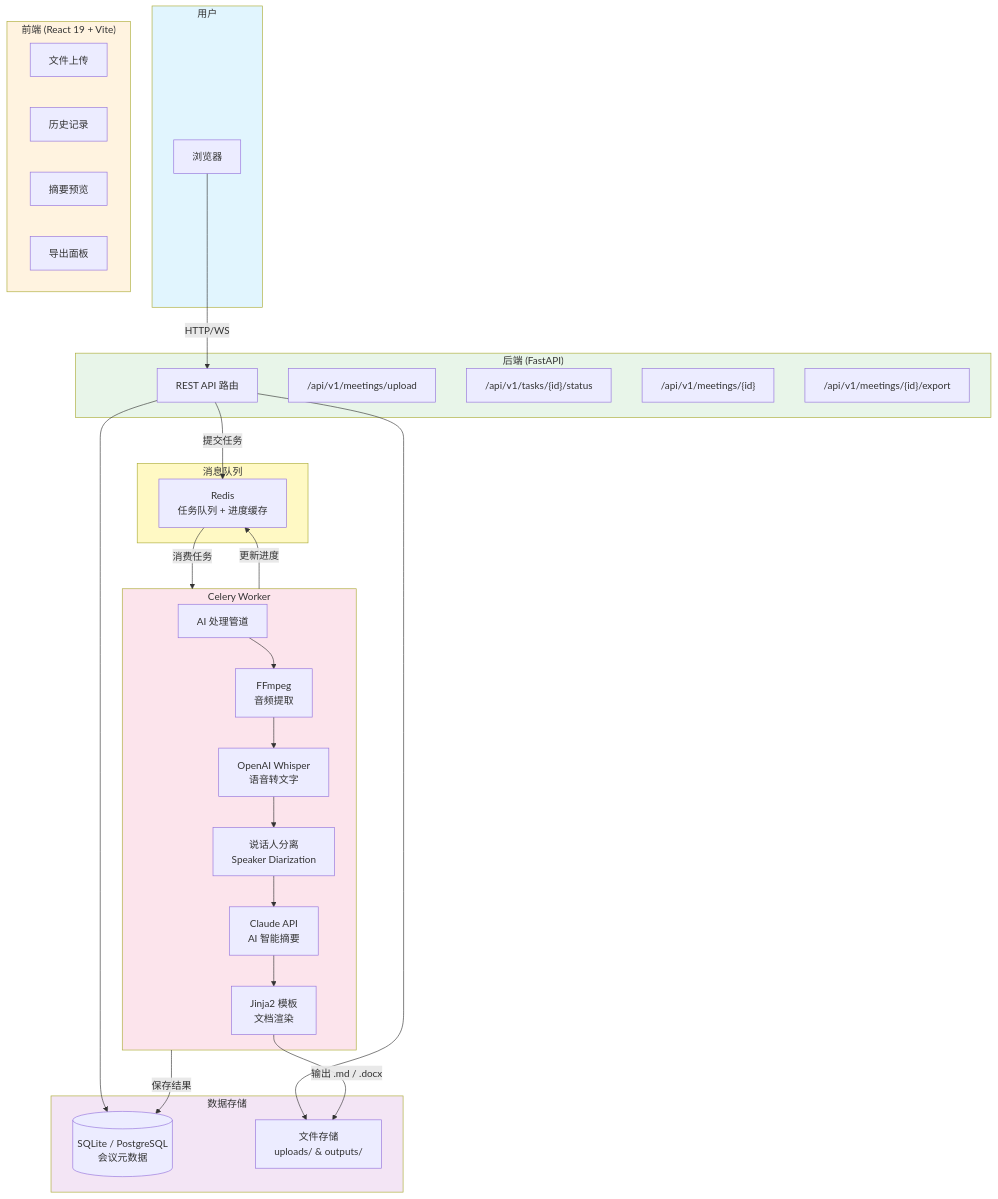
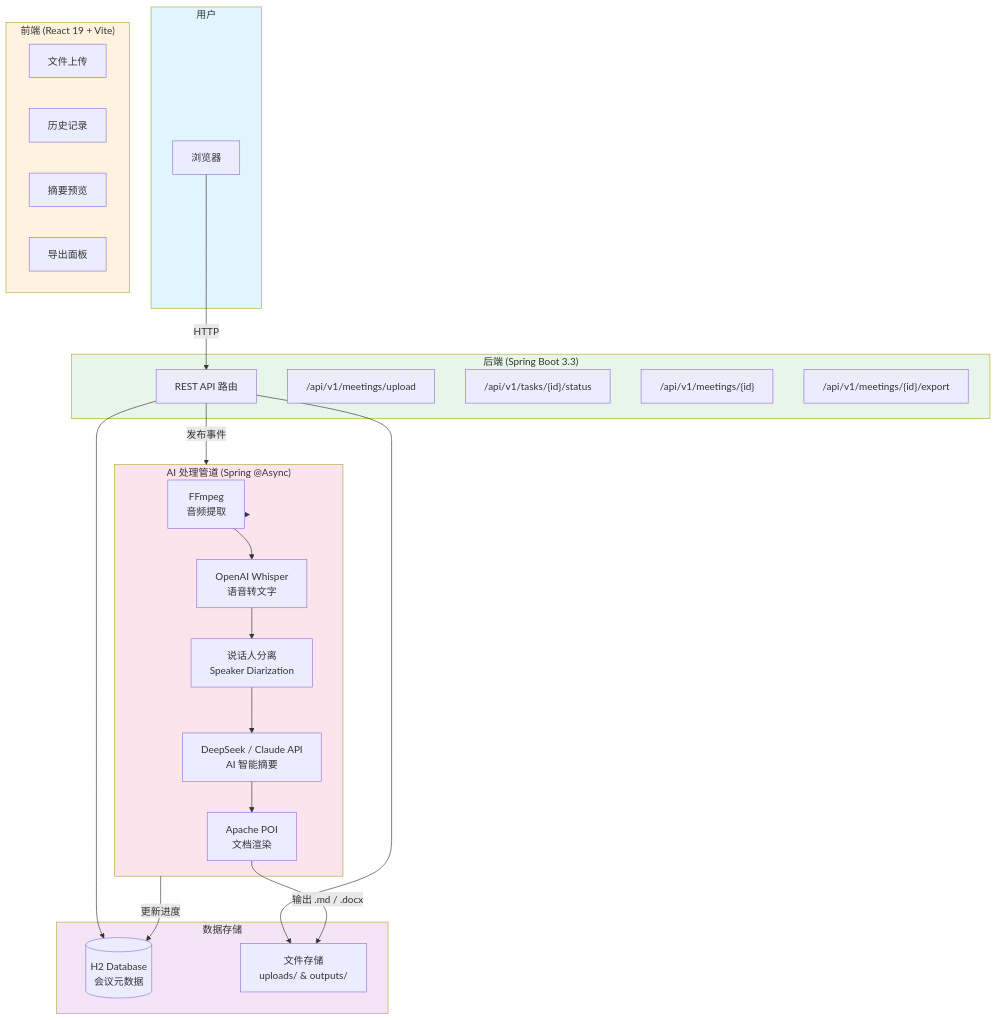
One commit to zck-chain/meetingSum changed the diagram in README.md. Above: the diagram before and after it, drawn with Mermaid. The commit also changed other lines of this file and 49 other files, not shown here.

First line of the commit message:
Add Java Spring Boot backend, remove MSW mocks, fix frontend issues

````diff
--- a/README.md
+++ b/README.md
@@ -53,60 +53,52 @@
 ```mermaid
 graph TB
     subgraph User["用户"]
         Browser["浏览器"]
     end
 
     subgraph Frontend["前端 (React 19 + Vite)"]
         Uploader["文件上传"]
         HistoryList["历史记录"]
         SummaryViewer["摘要预览"]
         ExportPanel["导出面板"]
     end
 
-    subgraph Backend["后端 (FastAPI)"]
+    subgraph Backend["后端 (Spring Boot 3.3)"]
         API["REST API 路由"]
         UploadAPI["/api/v1/meetings/upload"]
         TaskAPI["/api/v1/tasks/{id}/status"]
         SummaryAPI["/api/v1/meetings/{id}"]
         ExportAPI["/api/v1/meetings/{id}/export"]
     end
 
     subgraph Storage["数据存储"]
-        DB[("SQLite / PostgreSQL<br/>会议元数据")]
+        DB[("H2 Database<br/>会议元数据")]
         Files["文件存储<br/>uploads/ & outputs/"]
     end
 
-    subgraph Queue["消息队列"]
-        Redis["Redis<br/>任务队列 + 进度缓存"]
-    end
-
-    subgraph Worker["Celery Worker"]
-        Pipeline["AI 处理管道"]
+    subgraph Pipeline["AI 处理管道 (Spring @Async)"]
         FFmpeg["FFmpeg<br/>音频提取"]
         Whisper["OpenAI Whisper<br/>语音转文字"]
         Diarizer["说话人分离<br/>Speaker Diarization"]
-        Claude["Claude API<br/>AI 智能摘要"]
-        Jinja2["Jinja2 模板<br/>文档渲染"]
+        LLM["DeepSeek / Claude API<br/>AI 智能摘要"]
+        Export["Apache POI<br/>文档渲染"]
     end
 
-    Browser -->|"HTTP/WS"| API
+    Browser -->|"HTTP"| API
     API --> DB
     API --> Files
-    API -->|"提交任务"| Redis
-    Redis -->|"消费任务"| Worker
+    API -->|"发布事件"| Pipeline
     Pipeline --> FFmpeg
     FFmpeg --> Whisper
     Whisper --> Diarizer
-    Diarizer --> Claude
-    Claude --> Jinja2
-    Jinja2 -->|"输出 .md / .docx"| Files
-    Worker -->|"更新进度"| Redis
-    Worker -->|"保存结果"| DB
+    Diarizer --> LLM
+    LLM --> Export
+    Export -->|"输出 .md / .docx"| Files
+    Pipeline -->|"更新进度"| DB
 
     style User fill:#e1f5fe
     style Frontend fill:#fff3e0
     style Backend fill:#e8f5e9
     style Storage fill:#f3e5f5
-    style Queue fill:#fff9c4
-    style Worker fill:#fce4ec
+    style Pipeline fill:#fce4ec
 ```
````
